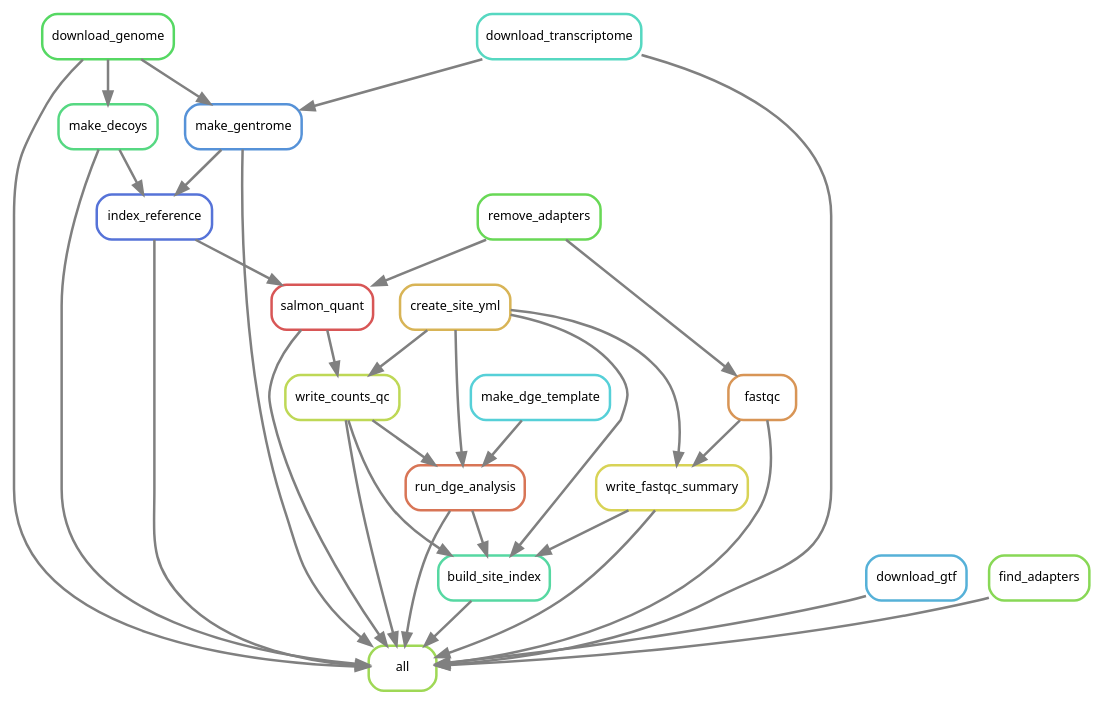
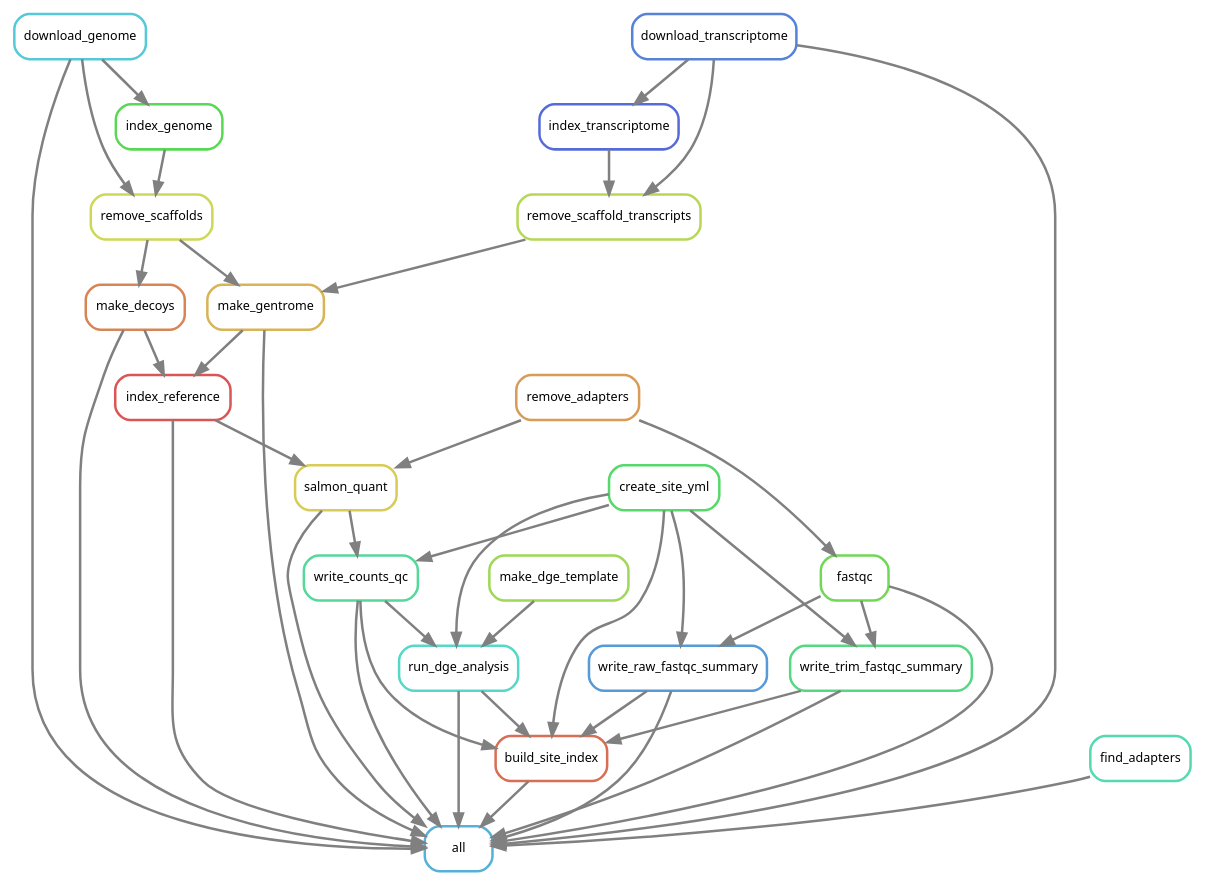
The diagram in workflow/rules/rulegraph.dot (smped/snakemake-salmon), drawn with Graphviz before and after one commit. The commit also changed 11 other files, not shown here.

```diff
--- a/workflow/rules/rulegraph.dot
+++ b/workflow/rules/rulegraph.dot
@@ -1,54 +1,67 @@
 digraph snakemake_dag {
     graph[bgcolor=white, margin=0];
     node[shape=box, style=rounded, fontname=sans,                 fontsize=10, penwidth=2];
     edge[penwidth=2, color=grey];
-	0[label = "all", color = "0.24 0.6 0.85", style="rounded"];
-	1[label = "download_genome", color = "0.35 0.6 0.85", style="rounded"];
-	2[label = "download_transcriptome", color = "0.47 0.6 0.85", style="rounded"];
-	3[label = "download_gtf", color = "0.55 0.6 0.85", style="rounded"];
-	4[label = "make_decoys", color = "0.39 0.6 0.85", style="rounded"];
-	5[label = "make_gentrome", color = "0.59 0.6 0.85", style="rounded"];
-	6[label = "index_reference", color = "0.63 0.6 0.85", style="rounded"];
-	7[label = "fastqc", color = "0.08 0.6 0.85", style="rounded"];
-	8[label = "remove_adapters", color = "0.31 0.6 0.85", style="rounded"];
-	9[label = "write_fastqc_summary", color = "0.16 0.6 0.85", style="rounded"];
-	10[label = "create_site_yml", color = "0.12 0.6 0.85", style="rounded"];
-	11[label = "write_counts_qc", color = "0.20 0.6 0.85", style="rounded"];
-	12[label = "salmon_quant", color = "0.00 0.6 0.85", style="rounded"];
-	13[label = "run_dge_analysis", color = "0.04 0.6 0.85", style="rounded"];
-	14[label = "make_dge_template", color = "0.51 0.6 0.85", style="rounded"];
-	15[label = "find_adapters", color = "0.27 0.6 0.85", style="rounded"];
-	16[label = "build_site_index", color = "0.43 0.6 0.85", style="rounded"];
-	13 -> 0
+	0[label = "all", color = "0.55 0.6 0.85", style="rounded"];
+	1[label = "download_genome", color = "0.52 0.6 0.85", style="rounded"];
+	2[label = "download_transcriptome", color = "0.61 0.6 0.85", style="rounded"];
+	3[label = "make_decoys", color = "0.06 0.6 0.85", style="rounded"];
+	4[label = "remove_scaffolds", color = "0.18 0.6 0.85", style="rounded"];
+	5[label = "index_genome", color = "0.33 0.6 0.85", style="rounded"];
+	6[label = "make_gentrome", color = "0.12 0.6 0.85", style="rounded"];
+	7[label = "remove_scaffold_transcripts", color = "0.21 0.6 0.85", style="rounded"];
+	8[label = "index_transcriptome", color = "0.64 0.6 0.85", style="rounded"];
+	9[label = "index_reference", color = "0.00 0.6 0.85", style="rounded"];
+	10[label = "fastqc", color = "0.30 0.6 0.85", style="rounded"];
+	11[label = "remove_adapters", color = "0.09 0.6 0.85", style="rounded"];
+	12[label = "write_raw_fastqc_summary", color = "0.58 0.6 0.85", style="rounded"];
+	13[label = "create_site_yml", color = "0.36 0.6 0.85", style="rounded"];
+	14[label = "write_trim_fastqc_summary", color = "0.39 0.6 0.85", style="rounded"];
+	15[label = "write_counts_qc", color = "0.42 0.6 0.85", style="rounded"];
+	16[label = "salmon_quant", color = "0.15 0.6 0.85", style="rounded"];
+	17[label = "run_dge_analysis", color = "0.48 0.6 0.85", style="rounded"];
+	18[label = "make_dge_template", color = "0.24 0.6 0.85", style="rounded"];
+	19[label = "find_adapters", color = "0.45 0.6 0.85", style="rounded"];
+	20[label = "build_site_index", color = "0.03 0.6 0.85", style="rounded"];
+	9 -> 0
+	19 -> 0
+	20 -> 0
+	3 -> 0
+	17 -> 0
+	6 -> 0
+	1 -> 0
+	10 -> 0
+	14 -> 0
+	15 -> 0
 	12 -> 0
-	7 -> 0
-	9 -> 0
-	11 -> 0
-	15 -> 0
+	2 -> 0
 	16 -> 0
-	1 -> 0
-	4 -> 0
-	2 -> 0
-	3 -> 0
-	5 -> 0
-	6 -> 0
+	4 -> 3
 	1 -> 4
+	5 -> 4
 	1 -> 5
-	2 -> 5
+	7 -> 6
 	4 -> 6
-	5 -> 6
 	8 -> 7
-	10 -> 9
-	7 -> 9
-	10 -> 11
-	12 -> 11
-	8 -> 12
-	6 -> 12
-	10 -> 13
-	11 -> 13
-	14 -> 13
-	10 -> 16
+	2 -> 7
+	2 -> 8
+	6 -> 9
+	3 -> 9
+	11 -> 10
+	10 -> 12
+	13 -> 12
+	10 -> 14
+	13 -> 14
+	16 -> 15
+	13 -> 15
 	9 -> 16
 	11 -> 16
-	13 -> 16
+	18 -> 17
+	15 -> 17
+	13 -> 17
+	17 -> 20
+	13 -> 20
+	14 -> 20
+	15 -> 20
+	12 -> 20
 }            
```
